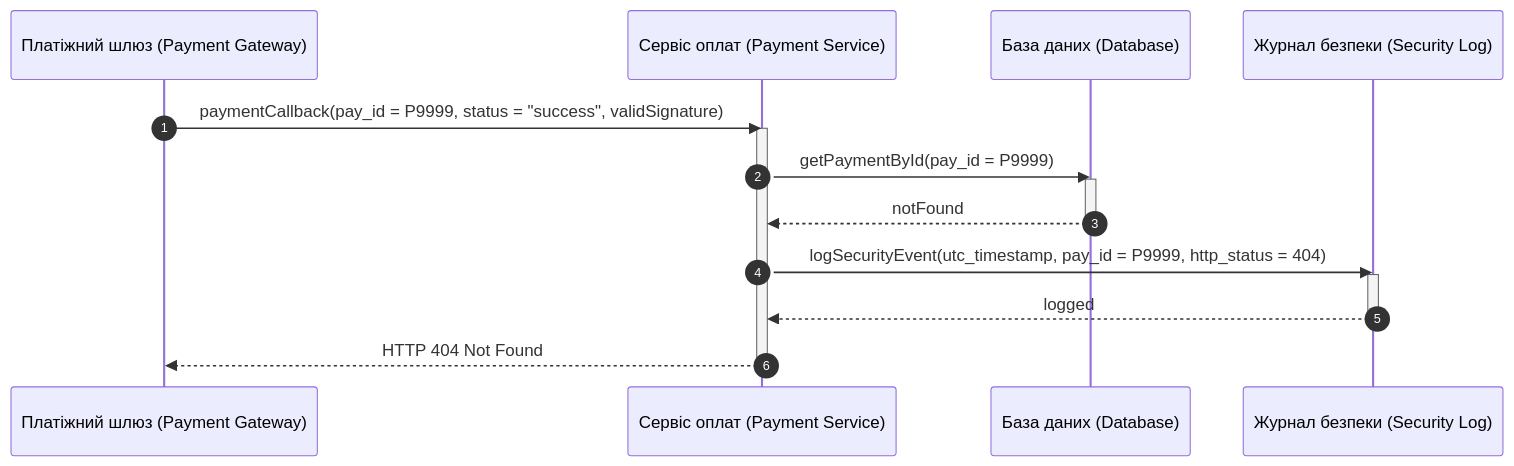
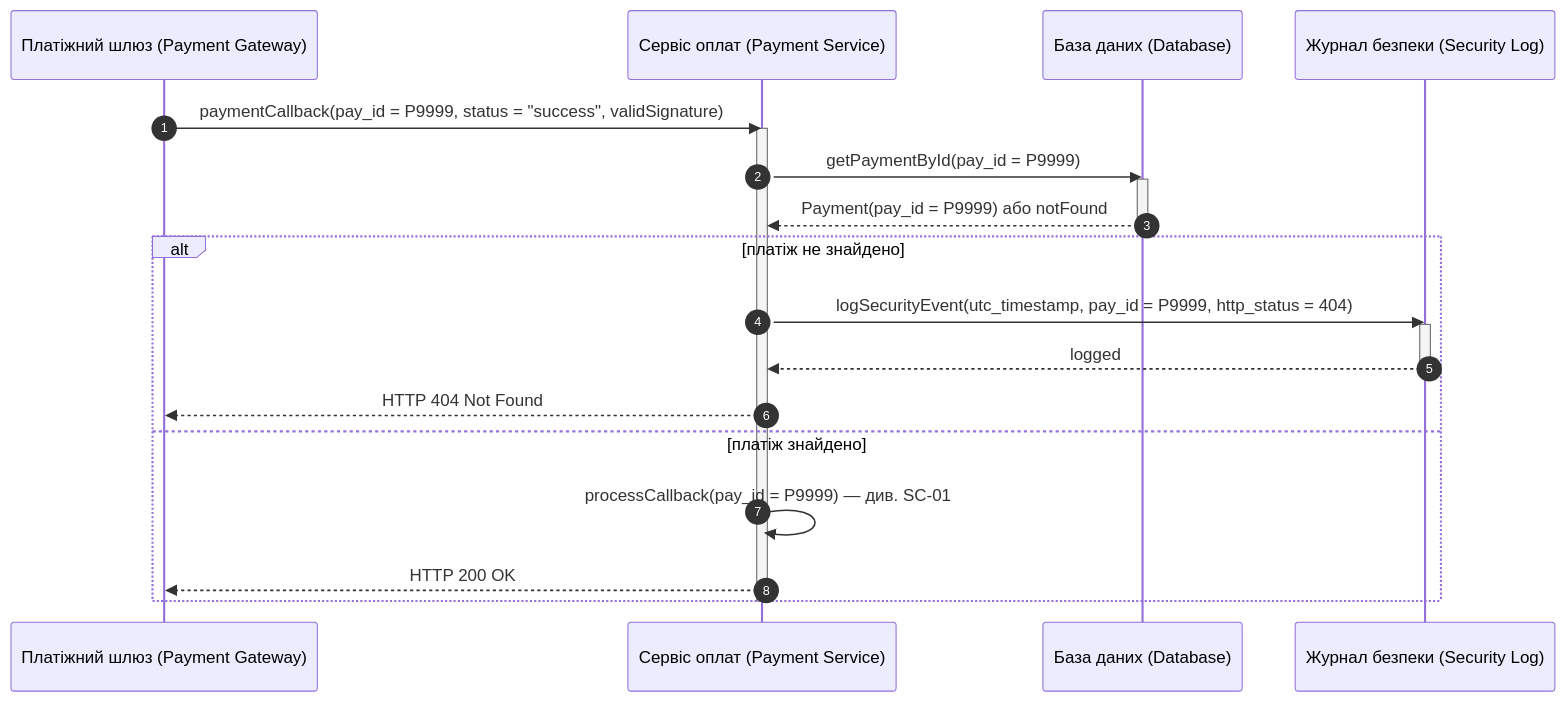
One commit to hutnichs/KPI_MAVPZ changed diagram 11 of 15 in Lab3/diagram.md. Above: the diagram before and after it, drawn with Mermaid. The commit also changed other lines of this file, not shown here.

Commit message:
Refactor payment flow and update details

````diff
--- a/Lab3/diagram.md
+++ b/Lab3/diagram.md
@@ -327,21 +368,26 @@
 ```mermaid
 sequenceDiagram
     autonumber
     participant PGW as Платіжний шлюз (Payment Gateway)
     participant PS as Сервіс оплат (Payment Service)
     participant DB as База даних (Database)
     participant SecLog as Журнал безпеки (Security Log)
 
     PGW->>PS: paymentCallback(pay_id = P9999, status = "success", validSignature)
     activate PS
     PS->>DB: getPaymentById(pay_id = P9999)
     activate DB
-    DB-->>PS: notFound
+    DB-->>PS: Payment(pay_id = P9999) або notFound
     deactivate DB
-    PS->>SecLog: logSecurityEvent(utc_timestamp, pay_id = P9999, http_status = 404)
-    activate SecLog
-    SecLog-->>PS: logged
-    deactivate SecLog
-    PS-->>PGW: HTTP 404 Not Found
+    alt платіж не знайдено
+        PS->>SecLog: logSecurityEvent(utc_timestamp, pay_id = P9999, http_status = 404)
+        activate SecLog
+        SecLog-->>PS: logged
+        deactivate SecLog
+        PS-->>PGW: HTTP 404 Not Found
+    else платіж знайдено
+        PS->>PS: processCallback(pay_id = P9999) — див. SC-01
+        PS-->>PGW: HTTP 200 OK
+    end
     deactivate PS
 ```
````
